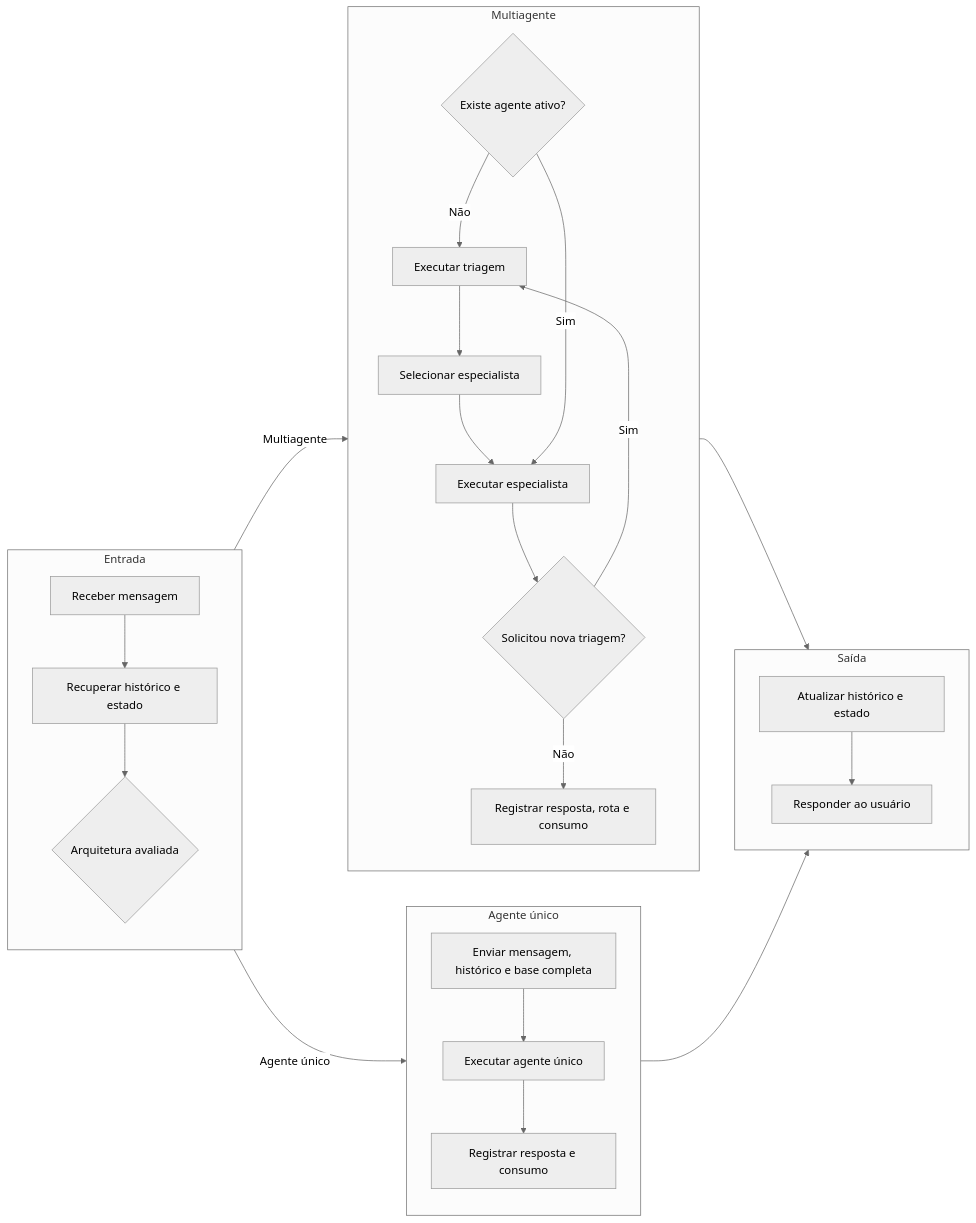
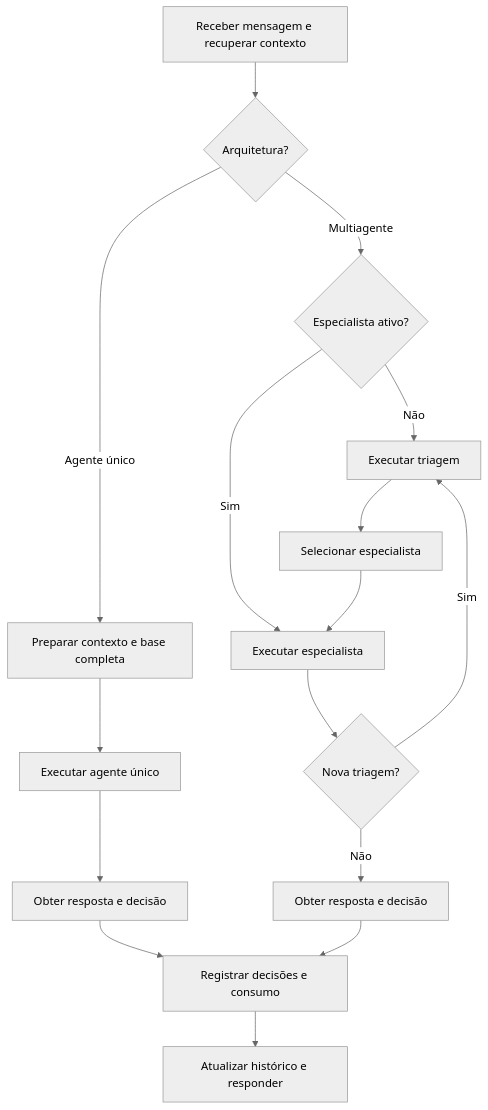
One commit to wagnerfloresdossantos/engtelecom-ifsc-sj changed the diagram in tcc-2026.2/prototipos/diagramas/fontes/fluxo-processamento-mensagem.md. Above: the diagram before and after it, drawn with Mermaid (neutral theme). The commit also changed 8 other files, not shown here.

````diff
--- a/tcc-2026.2/prototipos/diagramas/fontes/fluxo-processamento-mensagem.md
+++ b/tcc-2026.2/prototipos/diagramas/fontes/fluxo-processamento-mensagem.md
@@ -1,38 +1,22 @@
 ```mermaid
-flowchart LR
-    subgraph EN["Entrada"]
-        direction TB
-        A["Receber mensagem"] --> B["Recuperar histórico e estado"]
-        B --> C{"Arquitetura avaliada"}
-    end
+flowchart TD
+    A["Receber mensagem e recuperar contexto"]
+    A --> B{"Arquitetura?"}
 
-    subgraph AU["Agente único"]
-        direction TB
-        D["Enviar mensagem, histórico e base completa"]
-        D --> E["Executar agente único"]
-        E --> F["Registrar resposta e consumo"]
-    end
+    B -- Agente único --> C["Preparar contexto e base completa"]
+    C --> D["Executar agente único"]
+    D --> E["Obter resposta e decisão"]
 
-    subgraph MA["Multiagente"]
-        direction TB
-        G{"Existe agente ativo?"}
-        G -- Não --> H["Executar triagem"]
-        H --> I["Selecionar especialista"]
-        I --> J["Executar especialista"]
-        G -- Sim --> J
-        J --> K{"Solicitou nova triagem?"}
-        K -- Sim --> H
-        K -- Não --> L["Registrar resposta, rota e consumo"]
-    end
+    B -- Multiagente --> F{"Especialista ativo?"}
+    F -- Não --> G["Executar triagem"]
+    G --> H["Selecionar especialista"]
+    F -- Sim --> I["Executar especialista"]
+    H --> I
+    I --> J{"Nova triagem?"}
+    J -- Sim --> G
+    J -- Não --> K["Obter resposta e decisão"]
 
-    subgraph SA["Saída"]
-        direction TB
-        M["Atualizar histórico e estado"]
-        M --> N["Responder ao usuário"]
-    end
-
-    C -- Agente único --> D
-    C -- Multiagente --> G
-    F --> M
-    L --> M
+    E --> L["Registrar decisões e consumo"]
+    K --> L
+    L --> M["Atualizar histórico e responder"]
 ```
````
